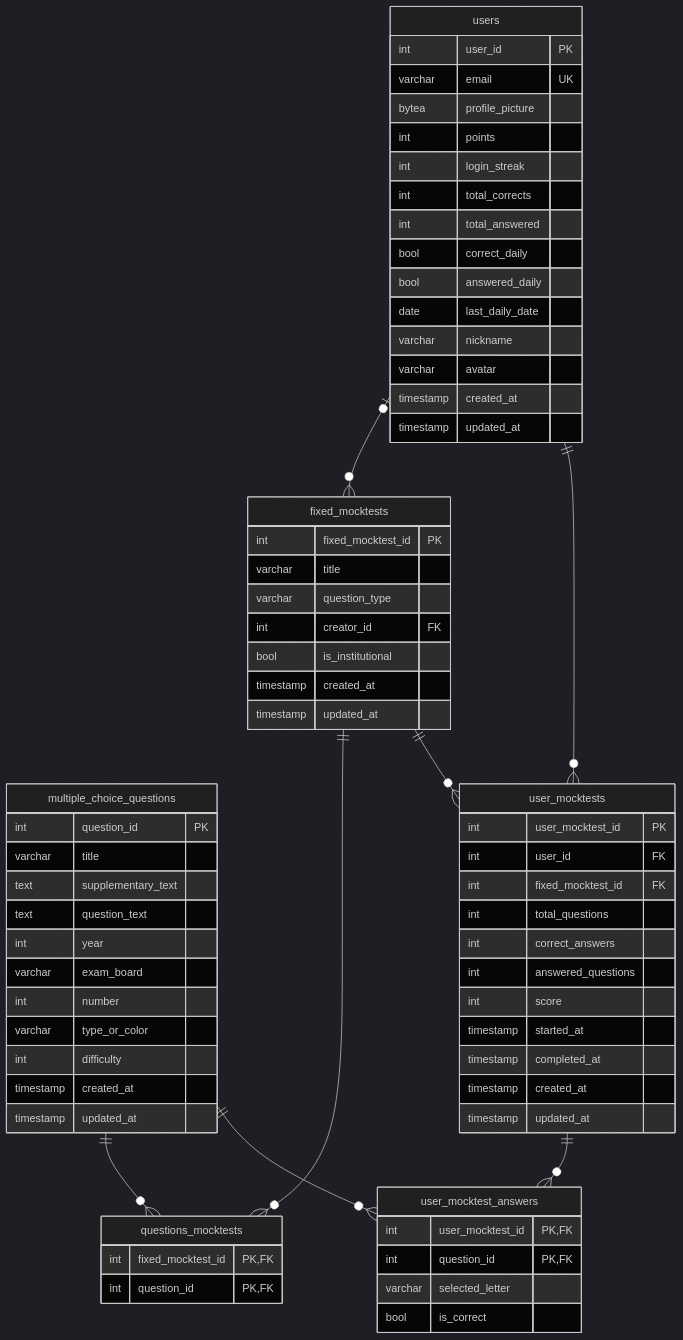
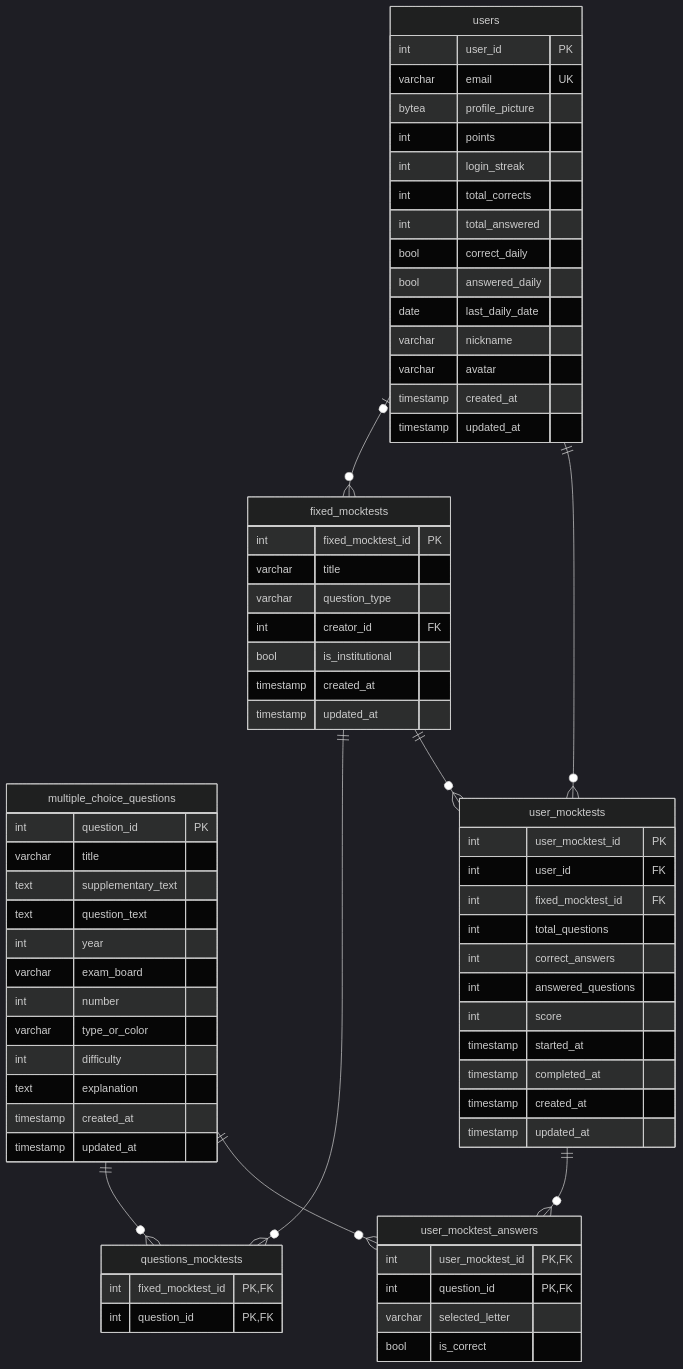
Before and after one commit to ifvest-project/ifvest-docs: the fifth of 9 diagrams in docs/modelo-de-dados.md, drawn with Mermaid (dark theme). The commit also changed other lines of this file and 33 other files, not shown here.

````diff
--- a/docs/modelo-de-dados.md
+++ b/docs/modelo-de-dados.md
@@ -208,71 +209,72 @@
 ```mermaid
 erDiagram
     fixed_mocktests {
         int fixed_mocktest_id PK
         varchar title
         varchar question_type
         int creator_id FK
         bool is_institutional
         timestamp created_at
         timestamp updated_at
     }
     multiple_choice_questions {
         int question_id PK
         varchar title
         text supplementary_text
         text question_text
         int year
         varchar exam_board
         int number
         varchar type_or_color
         int difficulty
+        text explanation
         timestamp created_at
         timestamp updated_at
     }
     questions_mocktests {
         int fixed_mocktest_id PK, FK
         int question_id PK, FK
     }
     user_mocktest_answers {
         int user_mocktest_id PK, FK
         int question_id PK, FK
         varchar selected_letter
         bool is_correct
     }
     user_mocktests {
         int user_mocktest_id PK
         int user_id FK
         int fixed_mocktest_id FK
         int total_questions
         int correct_answers
         int answered_questions
         int score
         timestamp started_at
         timestamp completed_at
         timestamp created_at
         timestamp updated_at
     }
     users {
         int user_id PK
         varchar email UK
         bytea profile_picture
         int points
         int login_streak
         int total_corrects
         int total_answered
         bool correct_daily
         bool answered_daily
         date last_daily_date
         varchar nickname
         varchar avatar
         timestamp created_at
         timestamp updated_at
     }
     users |o--o{ fixed_mocktests : ""
     fixed_mocktests ||--o{ questions_mocktests : ""
     multiple_choice_questions ||--o{ questions_mocktests : ""
     user_mocktests ||--o{ user_mocktest_answers : ""
     multiple_choice_questions ||--o{ user_mocktest_answers : ""
     users ||--o{ user_mocktests : ""
     fixed_mocktests ||--o{ user_mocktests : ""
 ```
````
